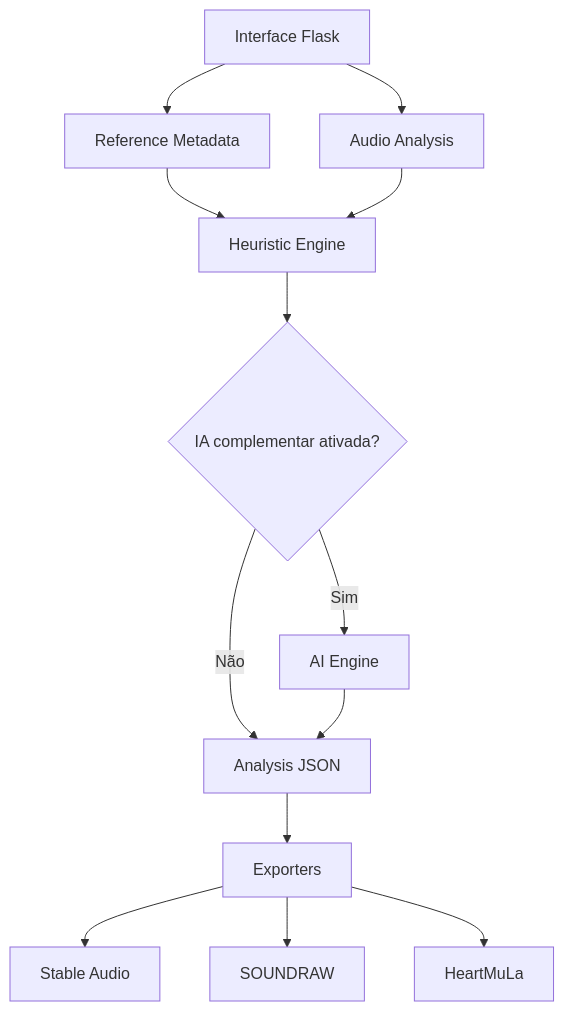
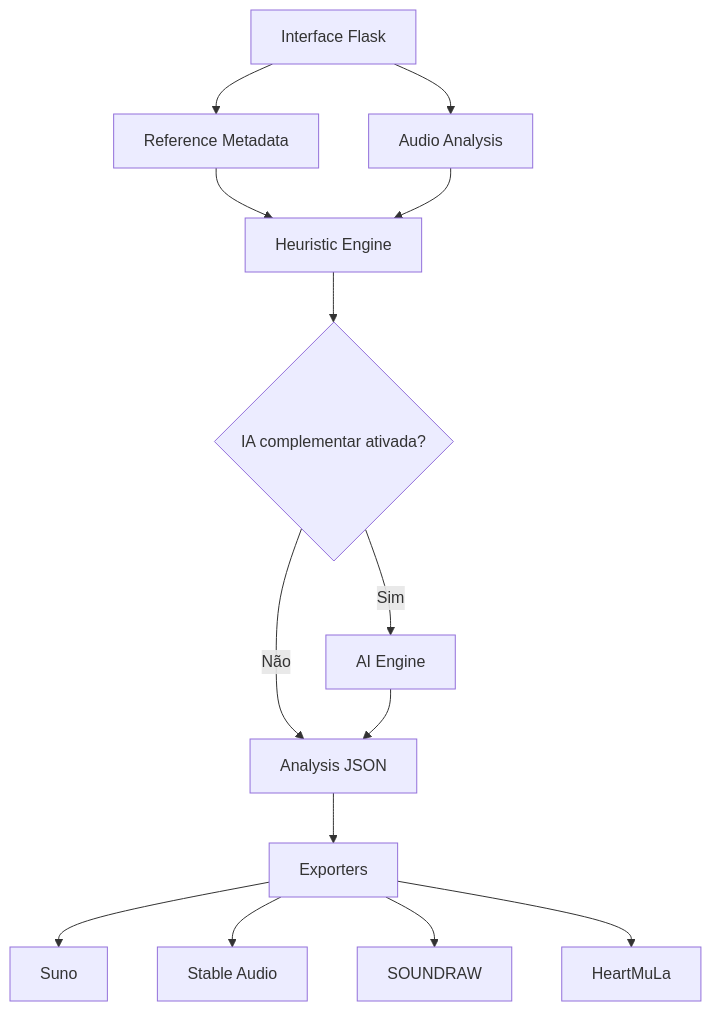
The diagram in docs/ARCHITECTURE.md (EduMiranda78/music-reference-lab), drawn with Mermaid before and after one commit. The commit also changed other lines of this file, not shown here.

Commit message:
Atualiza arquitetura com exportador Suno

````diff
--- a/docs/ARCHITECTURE.md
+++ b/docs/ARCHITECTURE.md
@@ -9,15 +9,16 @@
 ```mermaid
 flowchart TD
     UI[Interface Flask] --> META[Reference Metadata]
     UI --> AUDIO[Audio Analysis]
     META --> HEUR[Heuristic Engine]
     AUDIO --> HEUR
     HEUR --> DECISION{IA complementar ativada?}
     DECISION -->|Não| RESULT[Analysis JSON]
     DECISION -->|Sim| AI[AI Engine]
     AI --> RESULT
     RESULT --> EXPORT[Exporters]
+    EXPORT --> SUNO[Suno]
     EXPORT --> STABLE[Stable Audio]
     EXPORT --> SOUNDRAW[SOUNDRAW]
     EXPORT --> HEART[HeartMuLa]
 ```
````
